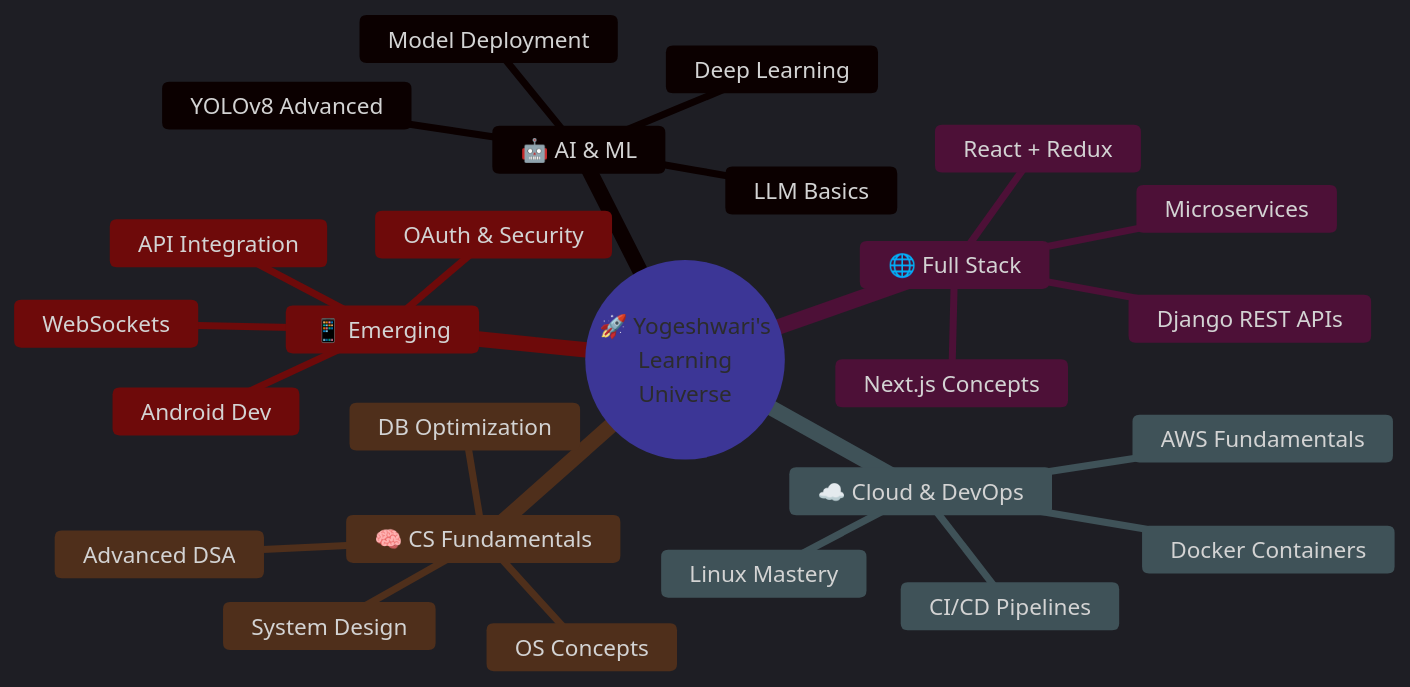
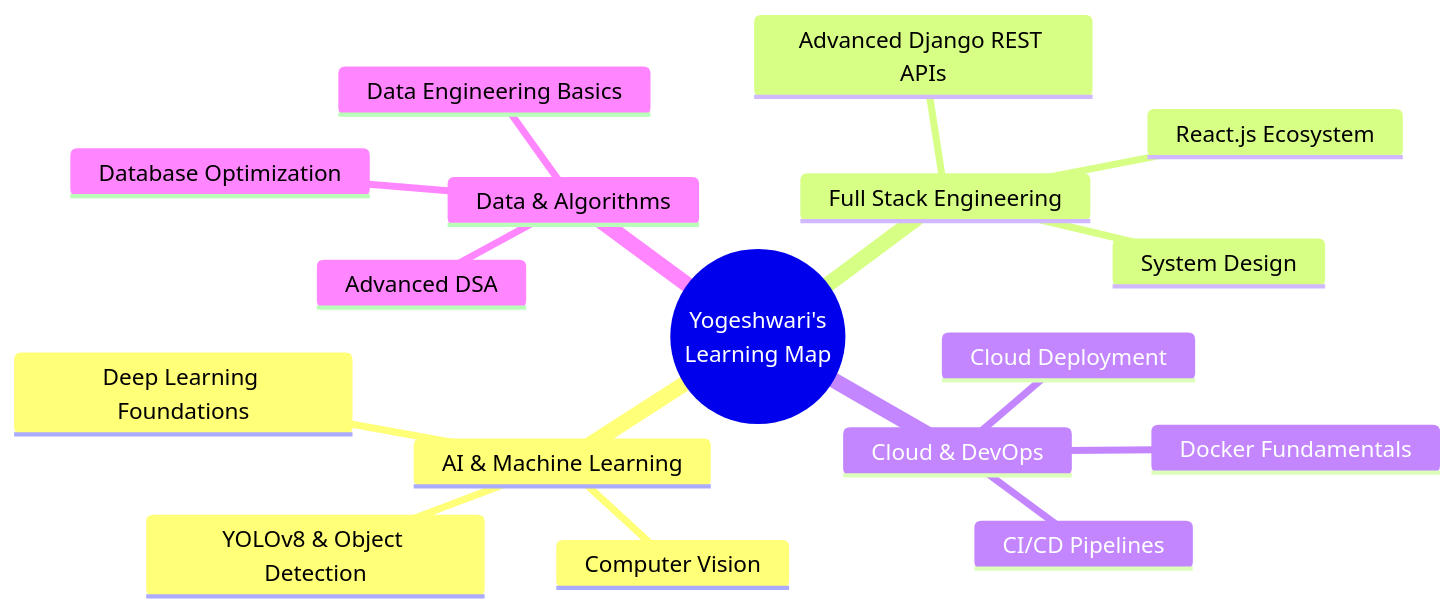
The diagram in README.md (Yogeshwari7887/Yogeshwari7887), drawn with Mermaid before and after one commit. The commit also changed other lines of this file, not shown here.

````diff
--- a/README.md
+++ b/README.md
@@ -399,32 +302,21 @@
 ```mermaid
-%%{init: {'theme': 'dark', 'themeVariables': {'primaryColor': '#7c3aed', 'primaryTextColor': '#e2d9f3', 'primaryBorderColor': '#6d28d9', 'lineColor': '#8b5cf6', 'secondaryColor': '#1e1b4b', 'tertiaryColor': '#0d0b1e'}}}%%
 mindmap
-  root((🚀 Yogeshwari's
-    Learning
-    Universe))
-    🤖 AI & ML
-      YOLOv8 Advanced
-      Deep Learning
-      Model Deployment
-      LLM Basics
-    🌐 Full Stack
-      Django REST APIs
-      React + Redux
-      Next.js Concepts
-      Microservices
-    ☁️ Cloud & DevOps
-      Docker Containers
+  root((Yogeshwari's
+    Learning Map))
+    AI & Machine Learning
+      Computer Vision
+      YOLOv8 & Object Detection
+      Deep Learning Foundations
+    Full Stack Engineering
+      Advanced Django REST APIs
+      React.js Ecosystem
+      System Design
+    Cloud & DevOps
+      Docker Fundamentals
       CI/CD Pipelines
-      AWS Fundamentals
-      Linux Mastery
-    🧠 CS Fundamentals
+      Cloud Deployment
+    Data & Algorithms
       Advanced DSA
-      System Design
-      DB Optimization
-      OS Concepts
-    📱 Emerging
-      Android Dev
-      API Integration
-      WebSockets
-      OAuth & Security
+      Database Optimization
+      Data Engineering Basics
 ```
````
